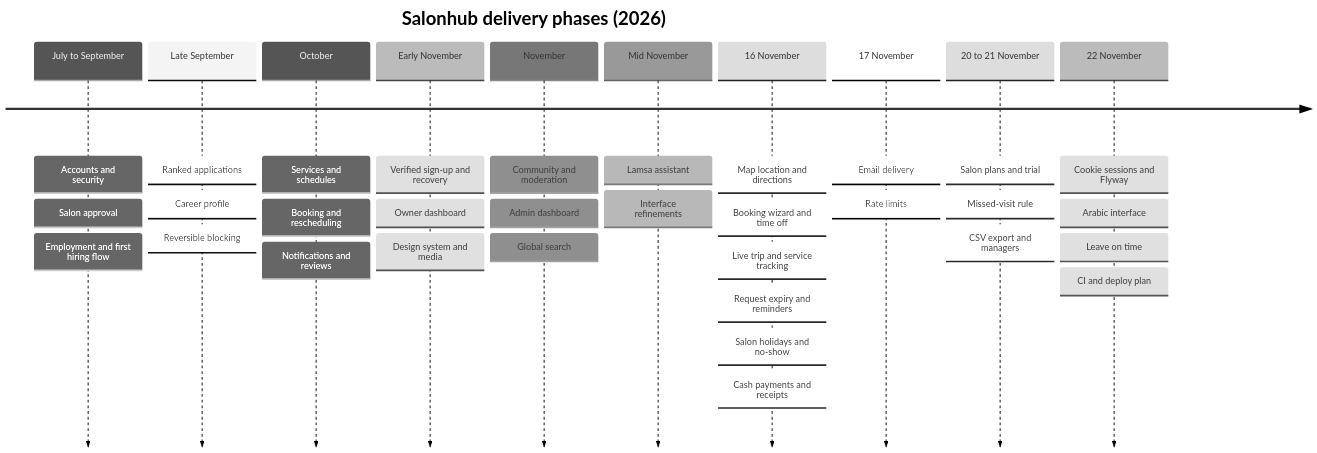
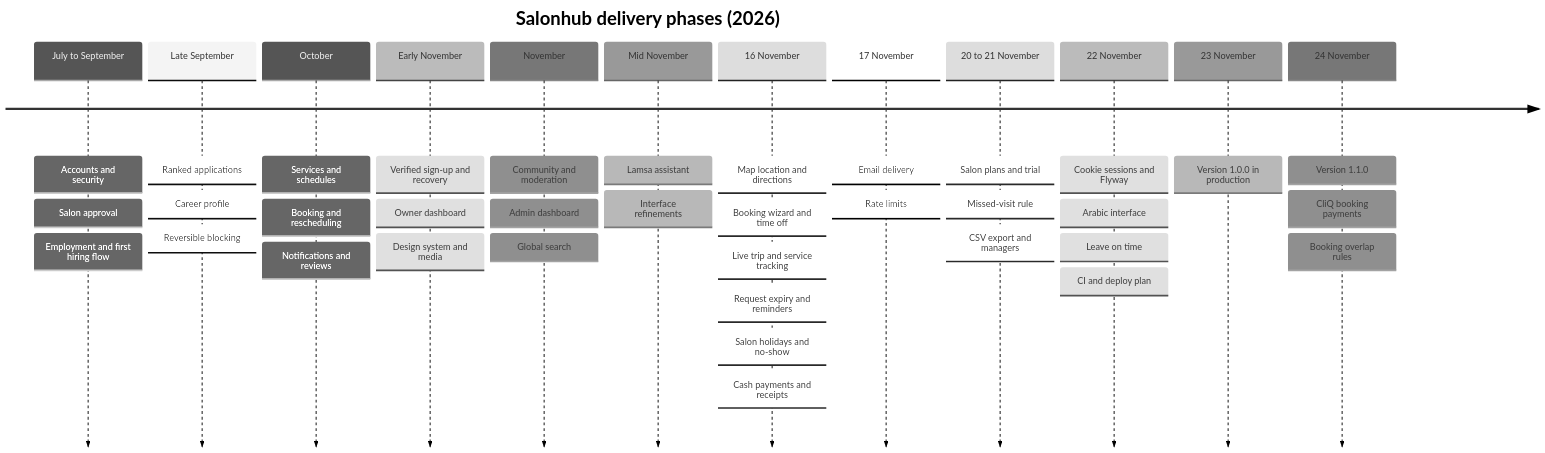
Before and after one commit to ghalebshhab/Salon-hub-backend: the sixth of 24 diagrams in documentation/Salon-Hup-Project-Documentation.md, drawn with Mermaid (neutral theme). The commit also changed other lines of this file and 1 other file, not shown here.

First line of the commit message:
docs(project): record releases 1.0.0 and 1.1.0 in version 2.5.0

````diff
--- a/documentation/Salon-Hup-Project-Documentation.md
+++ b/documentation/Salon-Hup-Project-Documentation.md
@@ -639,14 +652,16 @@
 ```mermaid
 timeline
     title Salonhub delivery phases (2026)
     July to September : Accounts and security : Salon approval : Employment and first hiring flow
     Late September : Ranked applications : Career profile : Reversible blocking
     October : Services and schedules : Booking and rescheduling : Notifications and reviews
     Early November : Verified sign-up and recovery : Owner dashboard : Design system and media
     November : Community and moderation : Admin dashboard : Global search
     Mid November : Lamsa assistant : Interface refinements
     16 November : Map location and directions : Booking wizard and time off : Live trip and service tracking : Request expiry and reminders : Salon holidays and no-show : Cash payments and receipts
     17 November : Email delivery : Rate limits
     20 to 21 November : Salon plans and trial : Missed-visit rule : CSV export and managers
     22 November : Cookie sessions and Flyway : Arabic interface : Leave on time : CI and deploy plan
+    23 November : Version 1.0.0 in production
+    24 November : Version 1.1.0 : CliQ booking payments : Booking overlap rules
 ```
````
